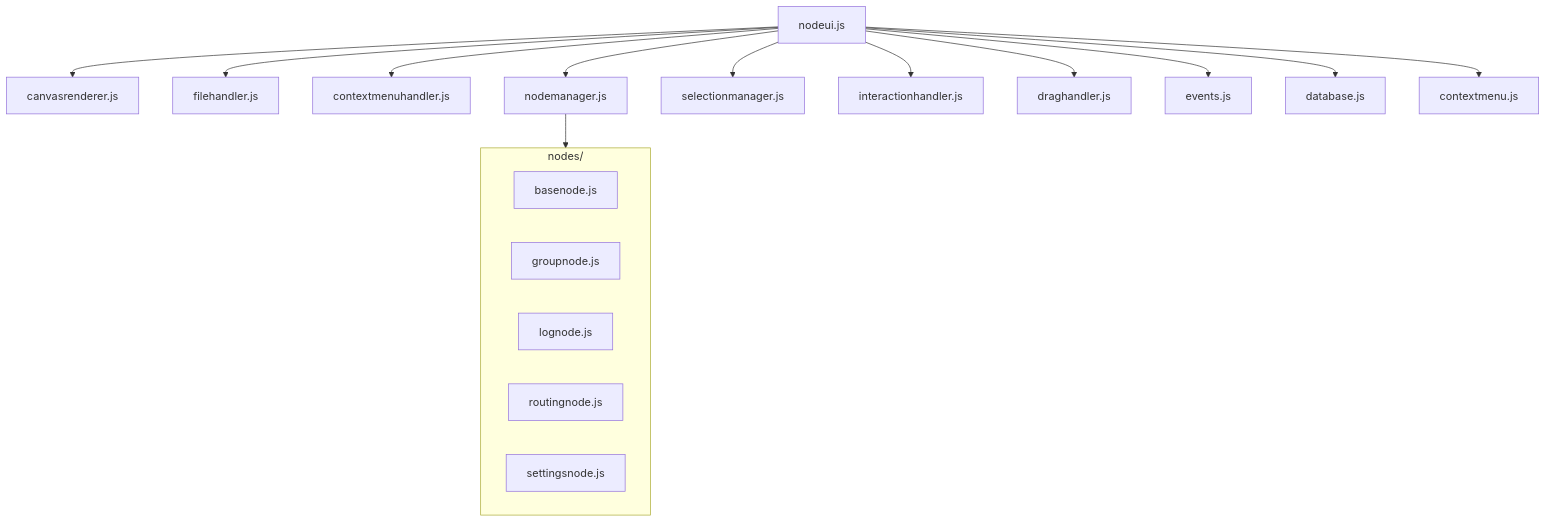
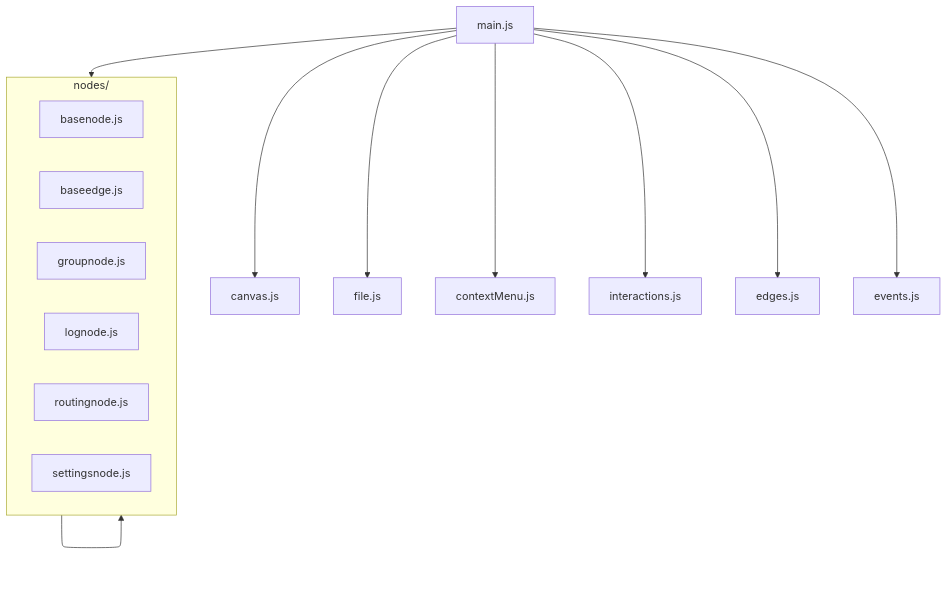
Before and after one commit to DangerDrome/NodeUI: the diagram in memory-bank/techContext.md, drawn with Mermaid. The commit also changed other lines of this file and 14 other files, not shown here.

````diff
--- a/memory-bank/techContext.md
+++ b/memory-bank/techContext.md
@@ -59,23 +58,21 @@
 ```mermaid
 flowchart TD
-    nodeui[nodeui.js] --> canvasrenderer[canvasrenderer.js]
-    nodeui --> filehandler[filehandler.js]
-    nodeui --> contextmenuhandler[contextmenuhandler.js]
-    nodeui --> nodemanager[nodemanager.js]
-    nodeui --> selectionmanager[selectionmanager.js]
-    nodeui --> interactionhandler[interactionhandler.js]
-    nodeui --> draghandler[draghandler.js]
-    nodeui --> events[events.js]
-    nodeui --> database[database.js]
-    nodeui --> contextmenu[contextmenu.js]
+    main[main.js] --> canvas[canvas.js]
+    main --> file[file.js]
+    main --> contextmenu[contextMenu.js]
+    main --> nodes[nodes.js]
+    main --> interactions[interactions.js]
+    main --> edges[edges.js]
+    main --> events[events.js]
     
     subgraph nodes[nodes/]
         basenode[basenode.js]
+        baseedge[baseedge.js]
         groupnode[groupnode.js]
         lognode[lognode.js]
         routingnode[routingnode.js]
         settingsnode[settingsnode.js]
     end
     
-    nodemanager --> nodes
+    nodes --> nodes
 ```
````
